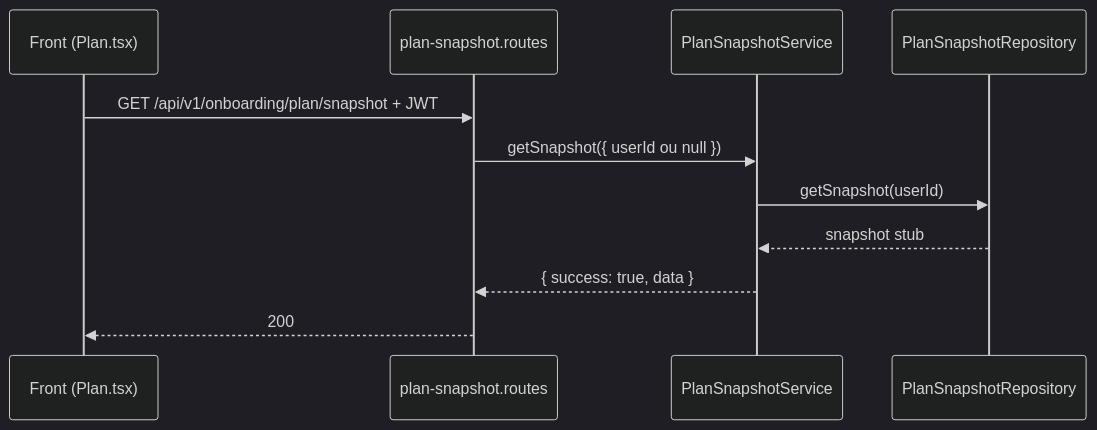
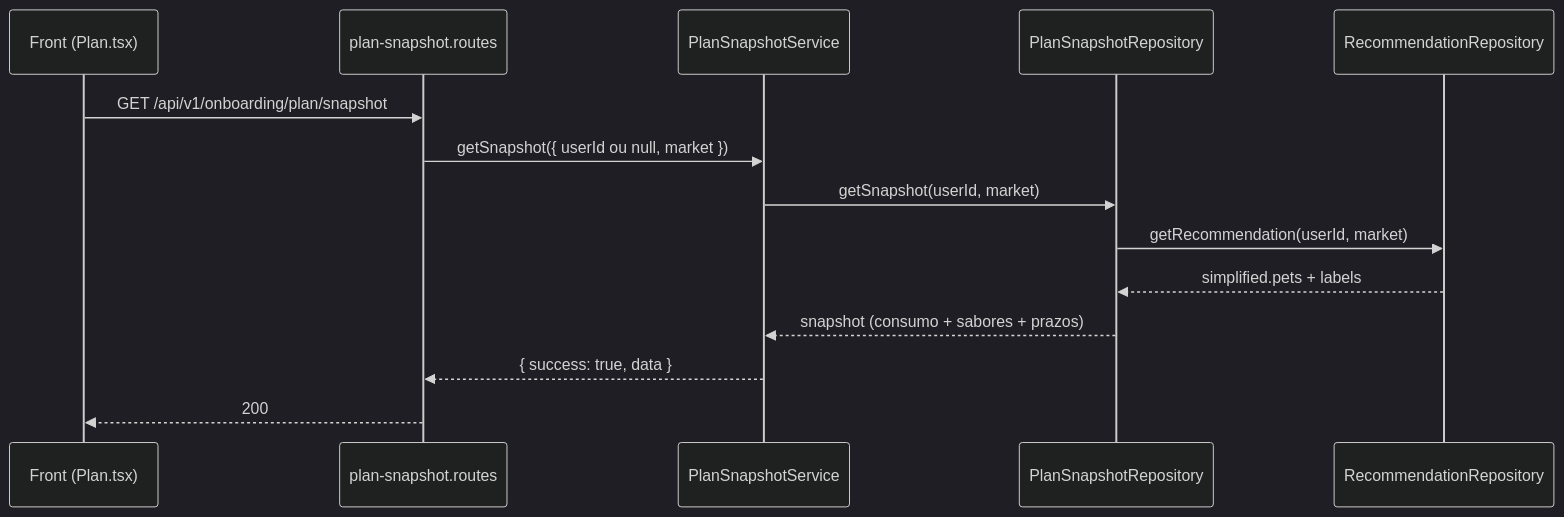
The diagram in docs-new/Plan/ROTA_ONBOARDING_PLAN_SNAPSHOT.md (charles-mendes/eden-bowls-backend), drawn with Mermaid (dark theme) before and after one commit. The commit also changed other lines of this file and 21 other files, not shown here.

Commit message:
Atualizando a implementação das rotas de onboarding para incluir recomendações nutricionais e consumo simplificado, além de ajustes na documentação e testes. Adicionando novos arquivos de teste e melhorando a estrutura de resposta das APIs.

````diff
--- a/docs-new/Plan/ROTA_ONBOARDING_PLAN_SNAPSHOT.md
+++ b/docs-new/Plan/ROTA_ONBOARDING_PLAN_SNAPSHOT.md
@@ -80,14 +87,17 @@
 ```mermaid
 sequenceDiagram
   participant FE as Front (Plan.tsx)
   participant RT as plan-snapshot.routes
   participant SV as PlanSnapshotService
   participant RP as PlanSnapshotRepository
+  participant REC as RecommendationRepository
 
-  FE->>RT: GET /api/v1/onboarding/plan/snapshot + JWT
-  RT->>SV: getSnapshot({ userId ou null })
-  SV->>RP: getSnapshot(userId)
-  RP-->>SV: snapshot stub
+  FE->>RT: GET /api/v1/onboarding/plan/snapshot
+  RT->>SV: getSnapshot({ userId ou null, market })
+  SV->>RP: getSnapshot(userId, market)
+  RP->>REC: getRecommendation(userId, market)
+  REC-->>RP: simplified.pets + labels
+  RP-->>SV: snapshot (consumo + sabores + prazos)
   SV-->>RT: { success: true, data }
   RT-->>FE: 200
 ```
````
